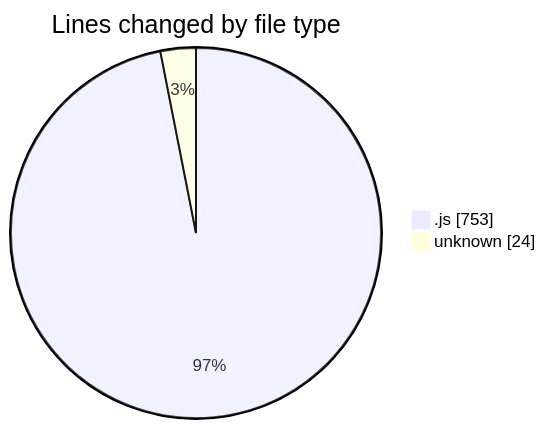
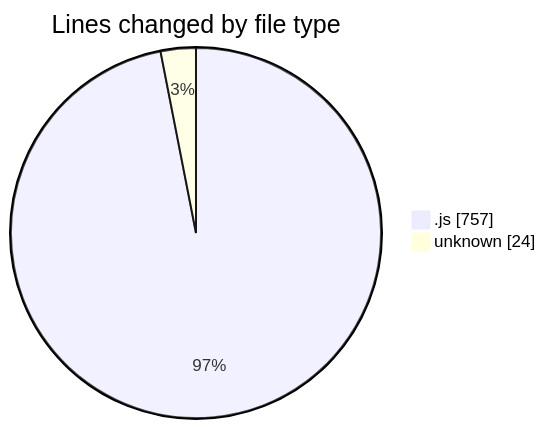
Before and after one commit to momahboobian/code-tracking: the first of 2 diagrams in 2025-02-03/cda/README.md, drawn with Mermaid. The commit also changed other lines of this file and 1 other file, not shown here.

````diff
--- a/2025-02-03/cda/README.md
+++ b/2025-02-03/cda/README.md
@@ -24,6 +24,6 @@
 ```mermaid
 pie showData
 title Lines changed by file type
-".js" : 753
+".js" : 757
 "unknown" : 24
 ```
````
